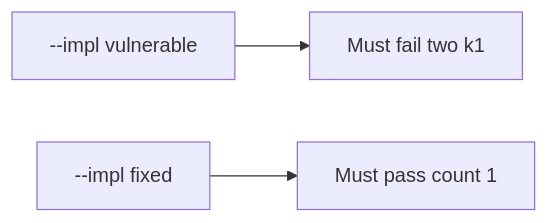
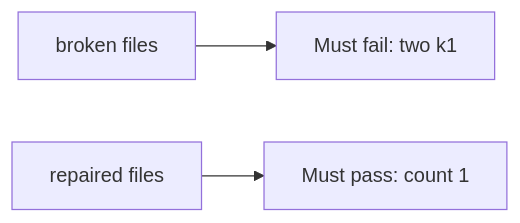
The diagram in content/modules/e/E3/lessons/05-verify.md (ishitvagoel/LearnSecurity), drawn with Mermaid before and after one commit. The commit also changed other lines of this file and 55 other files, not shown here.

````diff
--- a/content/modules/e/E3/lessons/05-verify.md
+++ b/content/modules/e/E3/lessons/05-verify.md
@@ -15,5 +14,5 @@
 ```mermaid
 flowchart LR
-  V["--impl vulnerable"] --> F["Must fail two k1"]
-  X["--impl fixed"] --> P["Must pass count 1"]
+  V["broken files"] --> F["Must fail: two k1"]
+  X["repaired files"] --> P["Must pass: count 1"]
 ```
````
